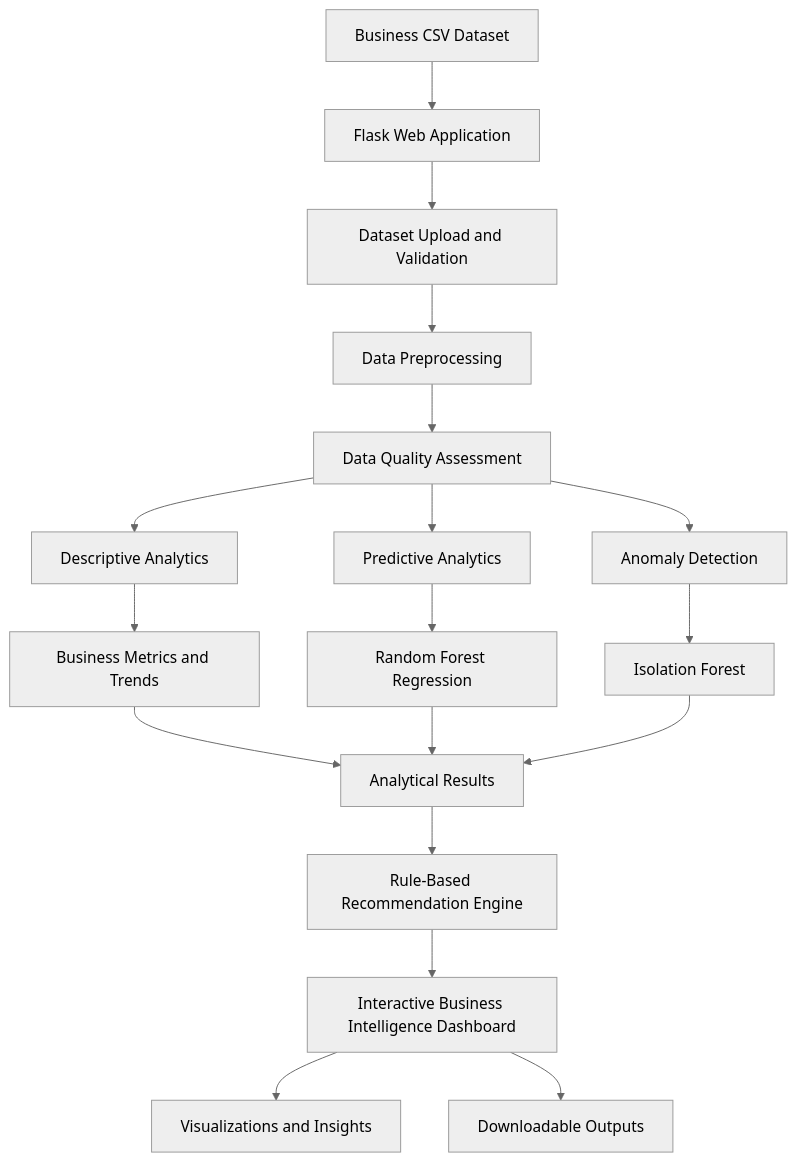
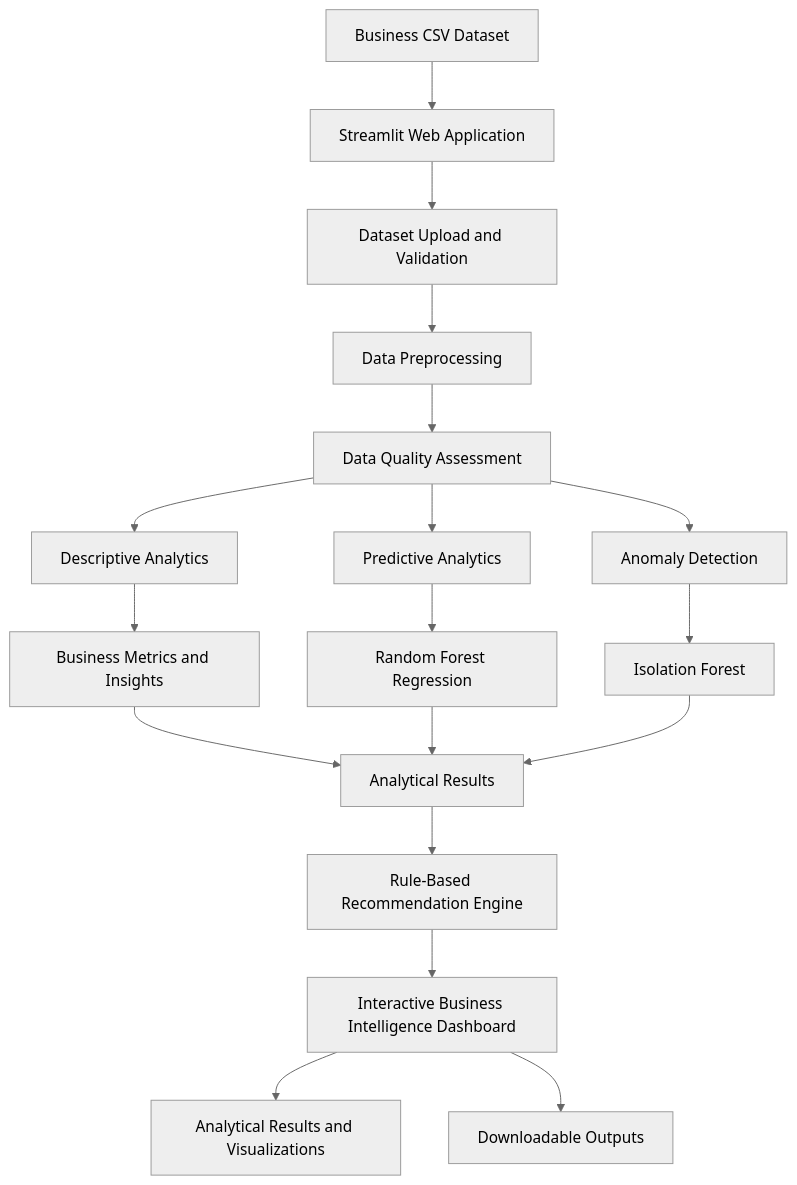
One commit to Riyaz077/AI-Powered-Business-Intelligence-System changed the first of 2 diagrams in README.md. Above: the diagram before and after it, drawn with Mermaid (neutral theme). The commit also changed other lines of this file, not shown here.

````diff
--- a/README.md
+++ b/README.md
@@ -41,26 +41,26 @@
 ```mermaid
 flowchart TB
-    A["Business CSV Dataset"] --> B["Flask Web Application"]
+    A["Business CSV Dataset"] --> B["Streamlit Web Application"]
     B --> C["Dataset Upload and Validation"]
 
     C --> D["Data Preprocessing"]
     D --> E["Data Quality Assessment"]
 
     E --> F["Descriptive Analytics"]
     E --> G["Predictive Analytics"]
     E --> H["Anomaly Detection"]
 
-    F --> I["Business Metrics and Trends"]
+    F --> I["Business Metrics and Insights"]
     G --> J["Random Forest Regression"]
     H --> K["Isolation Forest"]
 
     I --> L["Analytical Results"]
     J --> L
     K --> L
 
     L --> M["Rule-Based Recommendation Engine"]
     M --> N["Interactive Business Intelligence Dashboard"]
 
-    N --> O["Visualizations and Insights"]
+    N --> O["Analytical Results and Visualizations"]
     N --> P["Downloadable Outputs"]
 ```
````
